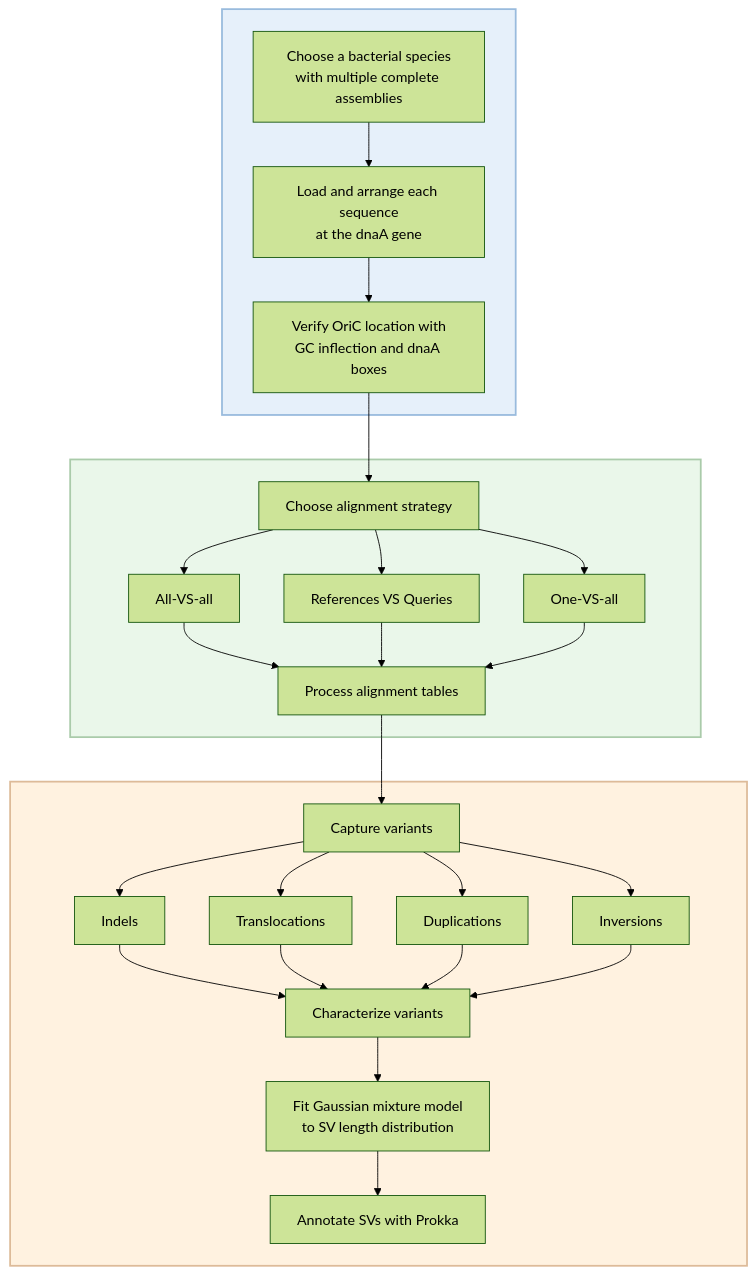
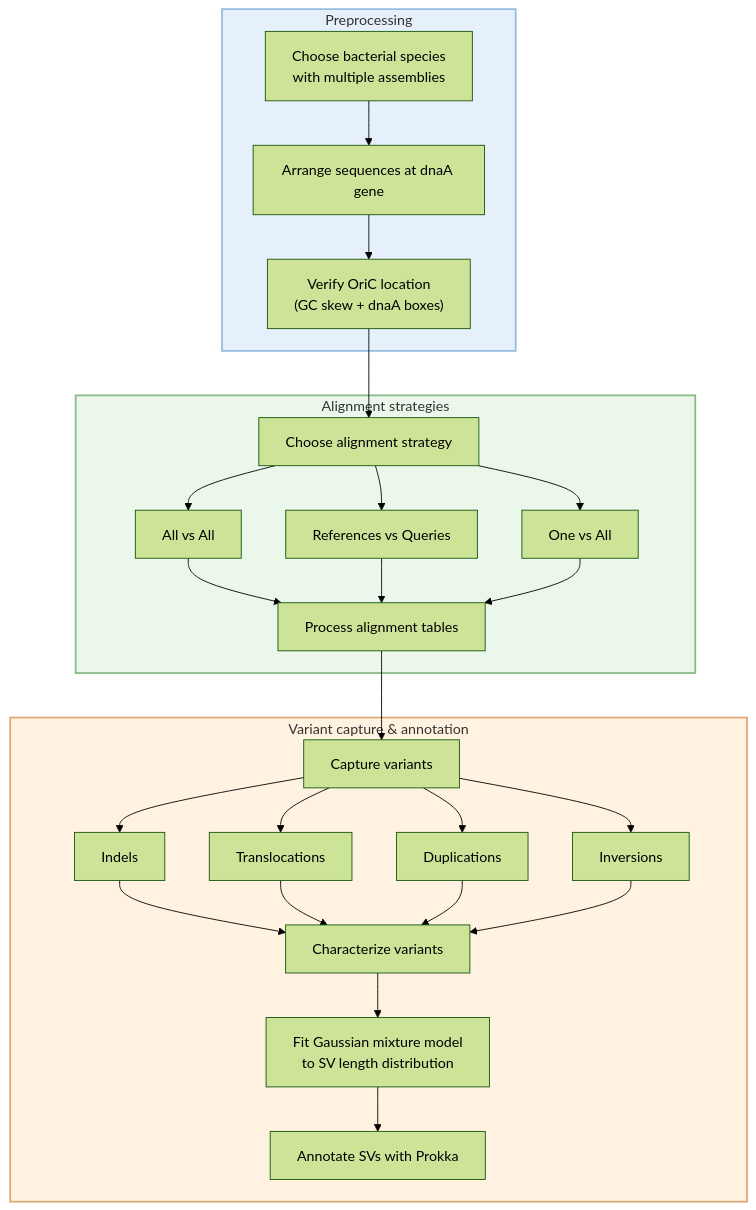
Before and after one commit to mdiorio371/SVMC: the diagram in README.md, drawn with Mermaid (forest theme).

````diff
--- a/README.md
+++ b/README.md
@@ -20,42 +20,46 @@
-  ```mermaid
+```mermaid
 flowchart TD
-    subgraph Preprocessing[" "]
-        A["Choose a bacterial species<br/>with multiple complete assemblies"]
-        B["Load and arrange each sequence<br/>at the dnaA gene"]
-        C["Verify OriC location with<br/>GC inflection and dnaA boxes"]
+    %% --- Preprocessing ---
+    subgraph Preprocessing["Preprocessing"]
+        A["Choose bacterial species<br/>with multiple assemblies"]
+        B["Arrange sequences at dnaA gene"]
+        C["Verify OriC location<br/>(GC skew + dnaA boxes)"]
         A --> B --> C
     end
     style Preprocessing fill:#e6f0fa,stroke:#99bbdd,stroke-width:2px
 
-    subgraph Alignment[" "]
+    %% --- Alignment ---
+    subgraph Alignment["Alignment strategies"]
         D["Choose alignment strategy"]
-        D1["All-VS-all"]
-        D2["References VS Queries"]
-        D3["One-VS-all"]
+        D1["All vs All"]
+        D2["References vs Queries"]
+        D3["One vs All"]
         E["Process alignment tables"]
         D --> D1 --> E
         D --> D2 --> E
         D --> D3 --> E
     end
-    style Alignment fill:#eaf7ea,stroke:#aacbaa,stroke-width:2px
+    style Alignment fill:#eaf7ea,stroke:#88bb88,stroke-width:2px
 
-    subgraph Variants[" "]
+    %% --- Variants ---
+    subgraph Variants["Variant capture & annotation"]
         F["Capture variants"]
         F1["Indels"]
         F2["Translocations"]
         F3["Duplications"]
         F4["Inversions"]
         G["Characterize variants"]
         H["Fit Gaussian mixture model<br/>to SV length distribution"]
         I["Annotate SVs with Prokka"]
         F --> F1 --> G
         F --> F2 --> G
         F --> F3 --> G
         F --> F4 --> G
         G --> H --> I
     end
-    style Variants fill:#fff2e0,stroke:#ddbb99,stroke-width:2px
+    style Variants fill:#fff2e0,stroke:#ddaa77,stroke-width:2px
 
+    %% --- Connections ---
     C --> D
     E --> F
 ```
````
